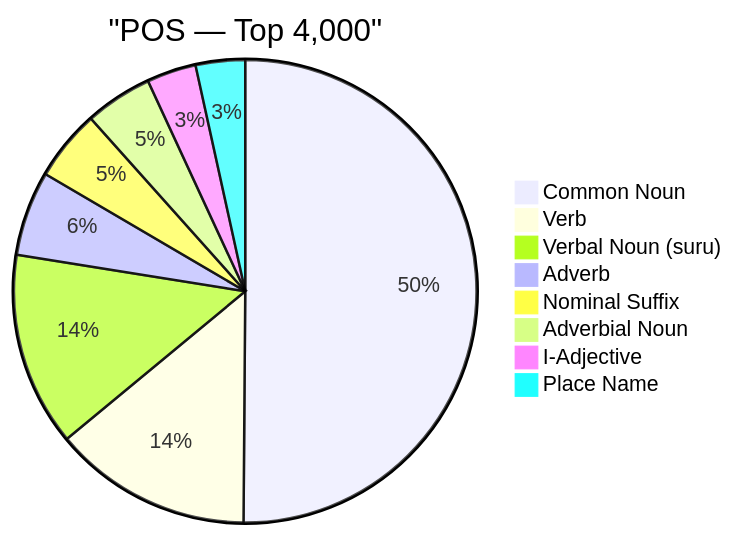
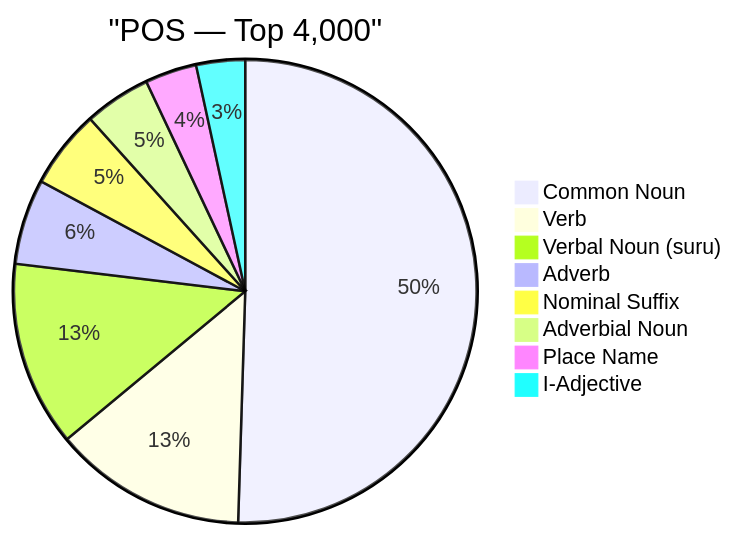
Before and after one commit to PikaPikaGems/japanese-word-frequency: the third of 8 diagrams in data/CEJC/insights/vocab_tier_breakdown.md, drawn with Mermaid. The commit also changed other lines of this file and 5 other files, not shown here.

````diff
--- a/data/CEJC/insights/vocab_tier_breakdown.md
+++ b/data/CEJC/insights/vocab_tier_breakdown.md
@@ -335,11 +335,11 @@
 ```mermaid
 pie title "POS — Top 4,000"
-    "Common Noun" : 1701.00
-    "Verb" : 471.00
-    "Verbal Noun (suru)" : 459.00
-    "Adverb" : 201.00
-    "Nominal Suffix" : 168.00
-    "Adverbial Noun" : 160.00
-    "I-Adjective" : 117.00
-    "Place Name" : 117.00
+    "Common Noun" : 1805.00
+    "Verb" : 482.00
+    "Verbal Noun (suru)" : 462.00
+    "Adverb" : 213.00
+    "Nominal Suffix" : 196.00
+    "Adverbial Noun" : 166.00
+    "Place Name" : 129.00
+    "I-Adjective" : 122.00
 ```
````
